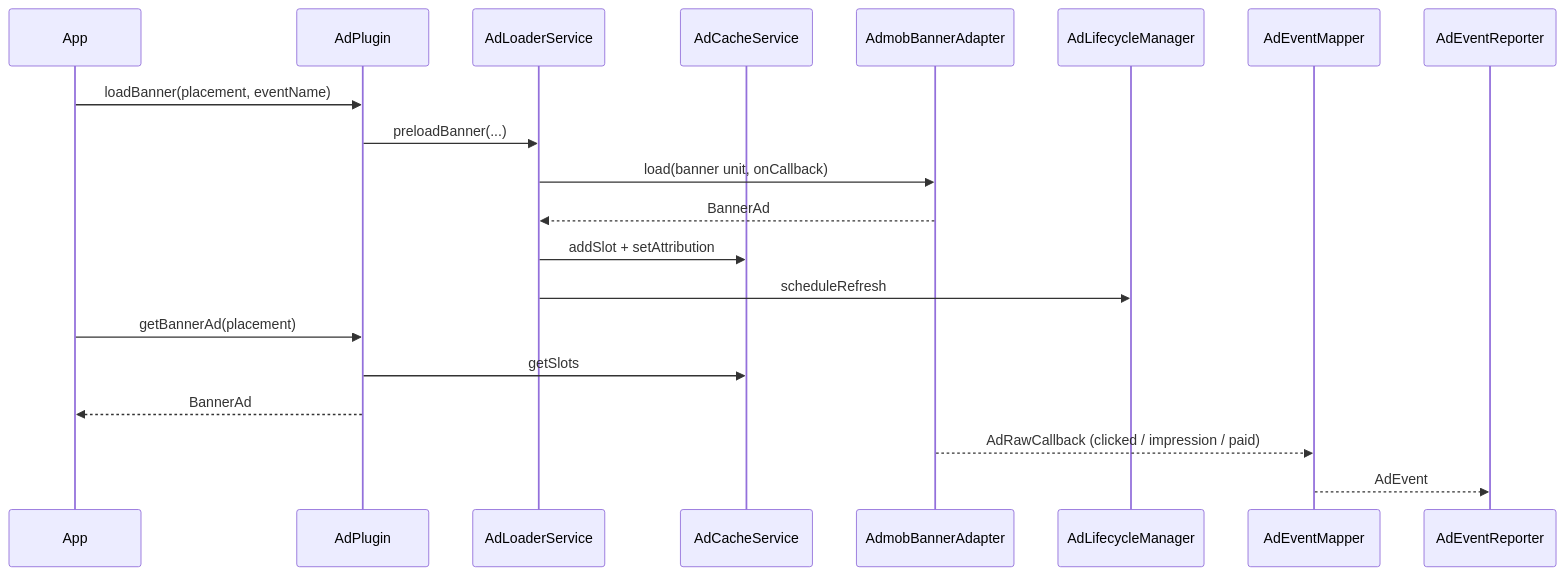
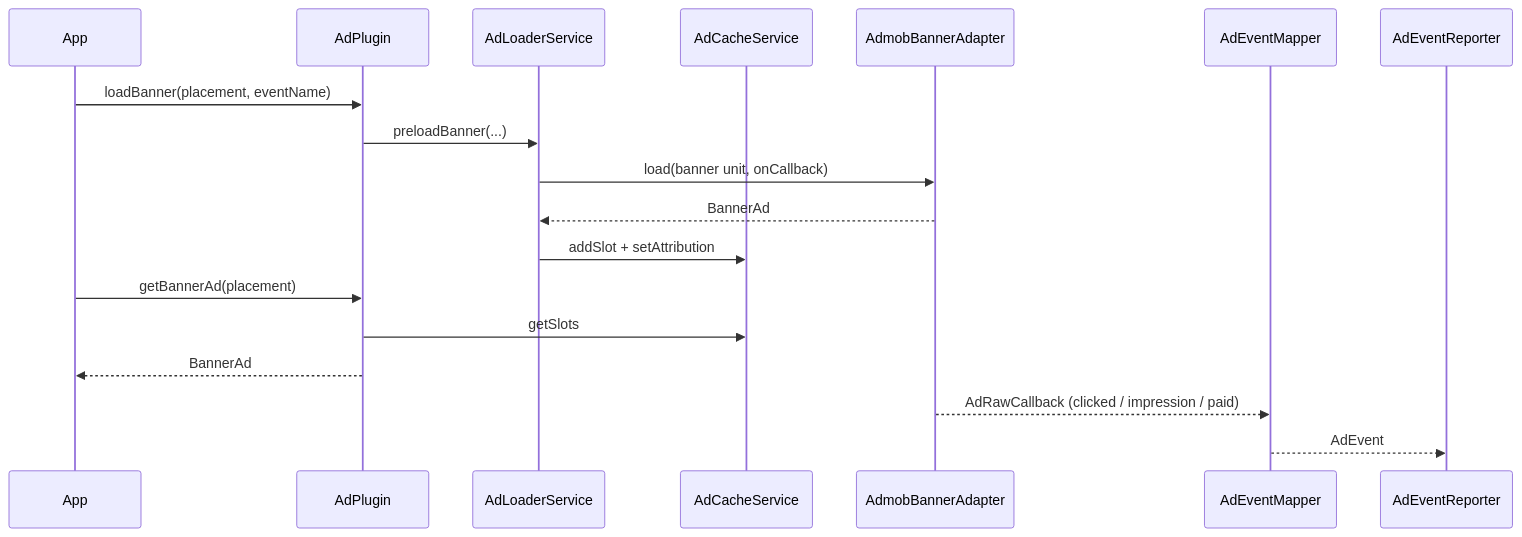
The seventh of 8 diagrams in README.md (yanmingLiu/flutter_ad_plugin), drawn with Mermaid before and after one commit. The commit also changed other lines of this file and 62 other files, not shown here.

````diff
--- a/README.md
+++ b/README.md
@@ -843,23 +972,21 @@
 ```mermaid
 sequenceDiagram
   participant App
   participant Plugin as AdPlugin
   participant Loader as AdLoaderService
   participant Cache as AdCacheService
   participant Adapter as AdmobBannerAdapter
-  participant Lifecycle as AdLifecycleManager
   participant Mapper as AdEventMapper
   participant Reporter as AdEventReporter
 
   App->>Plugin: loadBanner(placement, eventName)
   Plugin->>Loader: preloadBanner(...)
   Loader->>Adapter: load(banner unit, onCallback)
   Adapter-->>Loader: BannerAd
   Loader->>Cache: addSlot + setAttribution
-  Loader->>Lifecycle: scheduleRefresh
   App->>Plugin: getBannerAd(placement)
   Plugin->>Cache: getSlots
   Plugin-->>App: BannerAd
   Adapter-->>Mapper: AdRawCallback (clicked / impression / paid)
   Mapper-->>Reporter: AdEvent
 ```
````
